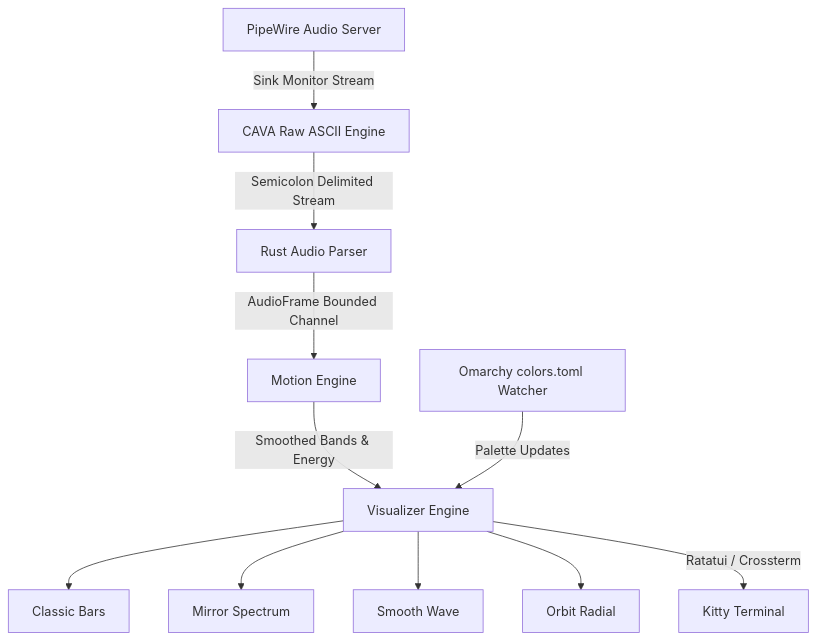
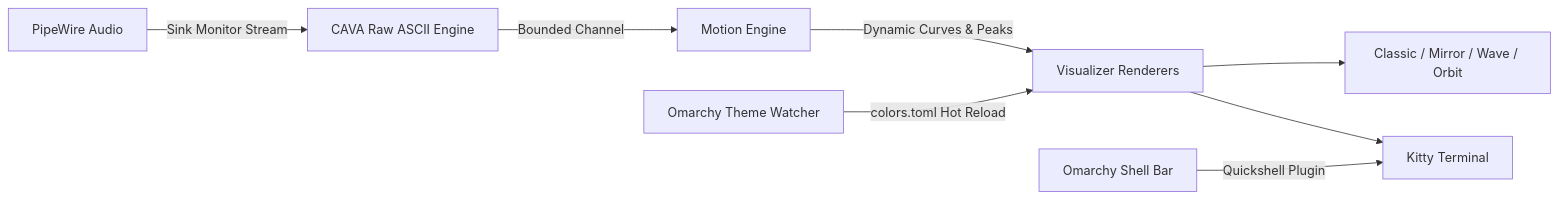
The diagram in README.md (chivopic/chiviz), drawn with Mermaid before and after one commit. The commit also changed other lines of this file and 7 other files, not shown here.

Commit message:
docs: add illustrated README, Omarchy plugin manifest, assets and license

````diff
--- a/README.md
+++ b/README.md
@@ -36,13 +99,10 @@
 ```mermaid
-graph TD
-    A[PipeWire Audio Server] -->|Sink Monitor Stream| B[CAVA Raw ASCII Engine]
-    B -->|Semicolon Delimited Stream| C[Rust Audio Parser]
-    C -->|AudioFrame Bounded Channel| D[Motion Engine]
-    D -->|Smoothed Bands & Energy| E[Visualizer Engine]
-    E --> F[Classic Bars]
-    E --> G[Mirror Spectrum]
-    E --> H[Smooth Wave]
-    E --> I[Orbit Radial]
-    J[Omarchy colors.toml Watcher] -->|Palette Updates| E
-    E -->|Ratatui / Crossterm| K[Kitty Terminal]
+flowchart LR
+    A[PipeWire Audio] -->|Sink Monitor Stream| B[CAVA Raw ASCII Engine]
+    B -->|Bounded Channel| C[Motion Engine]
+    C -->|Dynamic Curves & Peaks| D[Visualizer Renderers]
+    D --> E[Classic / Mirror / Wave / Orbit]
+    F[Omarchy Theme Watcher] -->|colors.toml Hot Reload| D
+    D --> G[Kitty Terminal]
+    H[Omarchy Shell Bar] -->|Quickshell Plugin| G
 ```
````
